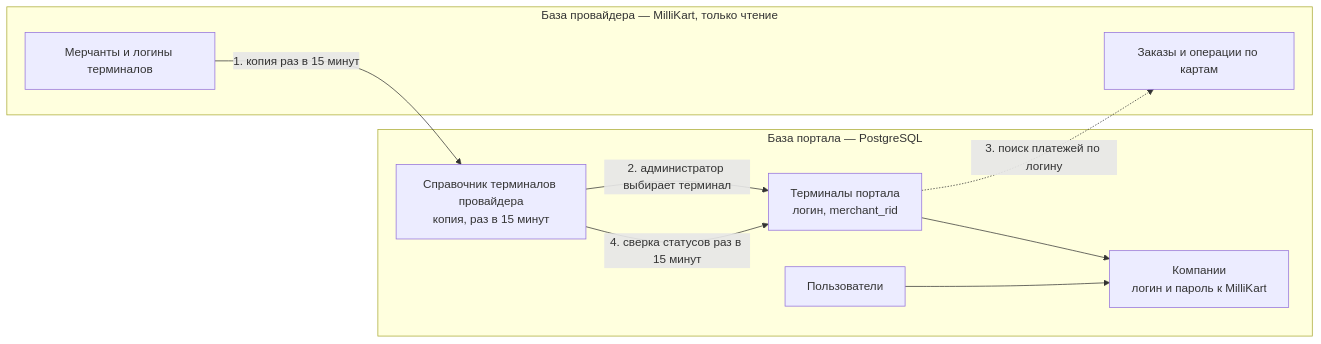
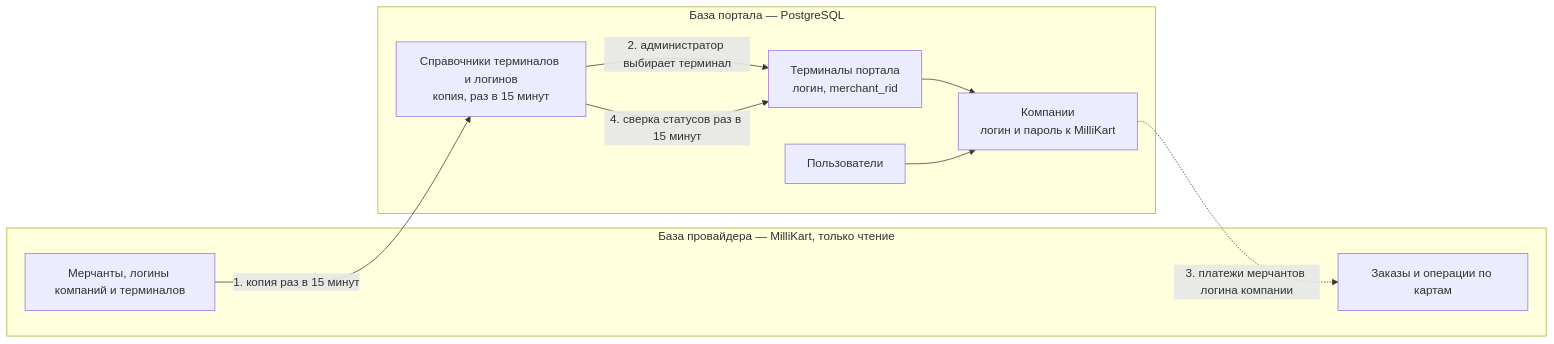
Before and after one commit to Gaena/merchant-portal-mk: the diagram in project_docs/admin_guide.md, drawn with Mermaid. The commit also changed other lines of this file and 29 other files, not shown here.

````diff
--- a/project_docs/admin_guide.md
+++ b/project_docs/admin_guide.md
@@ -60,19 +62,19 @@
 ```mermaid
 flowchart LR
     subgraph PROV["База провайдера — MilliKart, только чтение"]
-        PM["Мерчанты и логины терминалов"]
+        PM["Мерчанты, логины компаний и терминалов"]
         PO["Заказы и операции по картам"]
     end
     subgraph MP["База портала — PostgreSQL"]
-        SPR["Справочник терминалов провайдера<br/>копия, раз в 15 минут"]
+        SPR["Справочники терминалов и логинов<br/>копия, раз в 15 минут"]
         T["Терминалы портала<br/>логин, merchant_rid"]
         C["Компании<br/>логин и пароль к MilliKart"]
         U["Пользователи"]
     end
     PM -->|"1. копия раз в 15 минут"| SPR
     SPR -->|"2. администратор выбирает терминал"| T
     SPR -->|"4. сверка статусов раз в 15 минут"| T
     T --> C
     U --> C
-    T -.->|"3. поиск платежей по логину"| PO
+    C -.->|"3. платежи мерчантов логина компании"| PO
 ```
````
